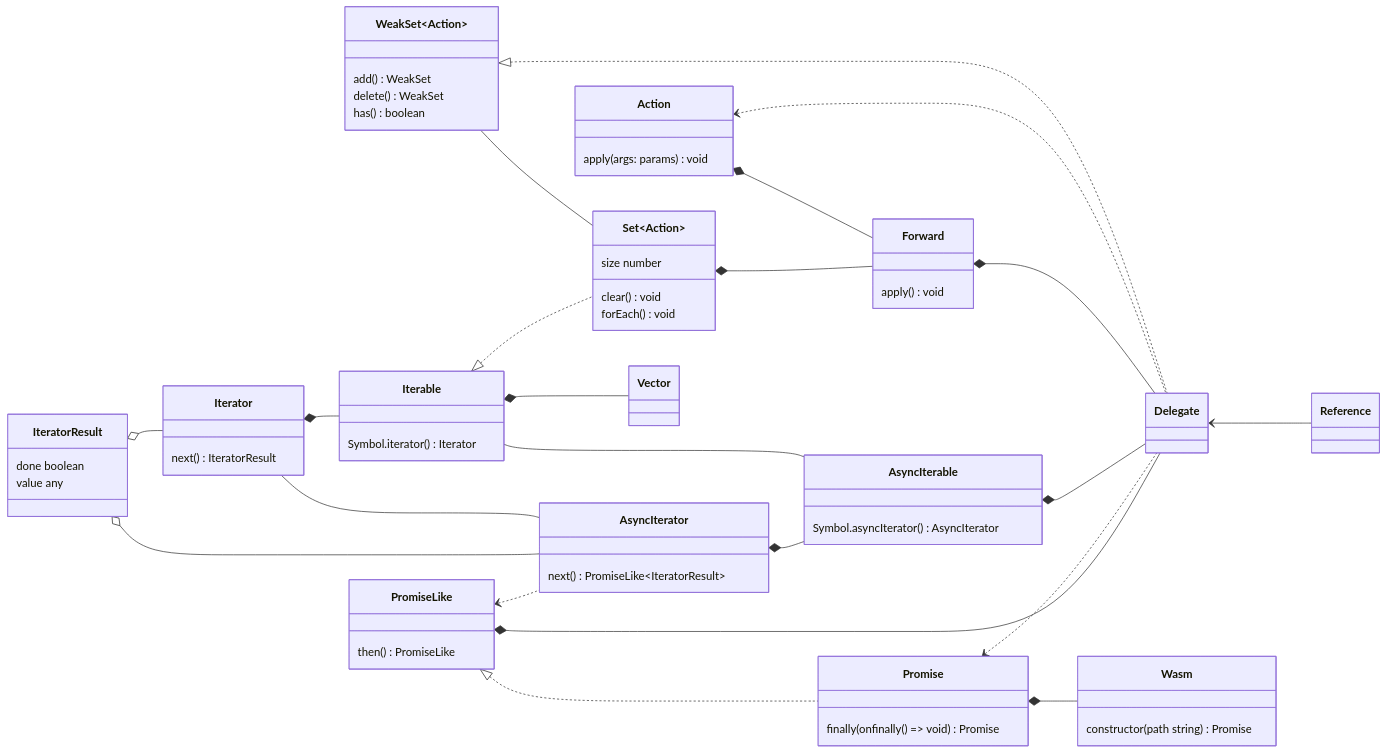
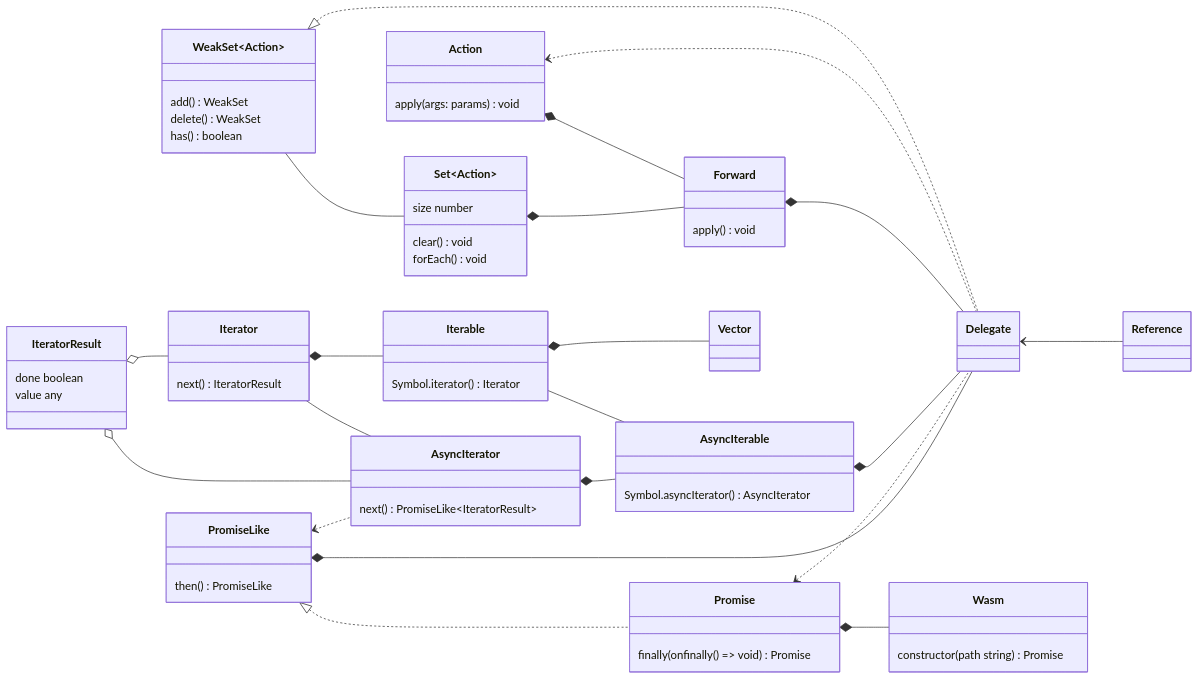
The sixth of 6 diagrams in README.md (domrally/peekeasy), drawn with Mermaid before and after one commit. The commit also changed 8 other files, not shown here.

````diff
--- a/README.md
+++ b/README.md
@@ -245,75 +245,74 @@
 ```mermaid
 classDiagram
     direction LR
     PromiseLike <|.. Promise
     PromiseLike *-- Delegate
     Promise *-- Wasm
     Promise <.. Delegate
     PromiseLike <.. AsyncIterator
     IteratorResult o-- AsyncIterator
     Iterator -- AsyncIterator
     AsyncIterator *-- AsyncIterable
     Iterable -- AsyncIterable
     AsyncIterable *-- Delegate
     IteratorResult o-- Iterator
     Iterator *-- Iterable
-    Iterable <|.. Set~Action~
     Forward *-- Delegate
     Action <.. Delegate
     Set~Action~ *-- Forward
     Action *-- Forward
     WeakSet~Action~ -- Set~Action~
     WeakSet~Action~ <|.. Delegate
     Delegate <-- Reference
     Iterable *-- Vector
     class IteratorResult {
         done boolean
         value any
     }
     class AsyncIterable {
         Symbol.asyncIterator() AsyncIterator
     }
     class Iterable {
         Symbol.iterator() Iterator
     }
     class Iterator {
         next() IteratorResult
     }
     class AsyncIterator {
         next() PromiseLike~IteratorResult~
     }
     class PromiseLike {
         then() PromiseLike
     }
     class Promise {
         finally(onfinally () => void) Promise
     }
     class Wasm {
         constructor(path string) Promise
     }
     link Wasm "https://github.com/domrally/peekeasy/blob/main/src/wasm.ts" "wasm.ts"
     class WeakSet {
         add() WeakSet
         delete() WeakSet
         has() boolean
     }
     class Set {
         size number
         clear() void
         forEach() void
     }
     class Action {
         apply(args: params) void
     }
 	 link Action "https://github.com/domrally/peekeasy/blob/main/src/action.ts" "action.ts"
     class Forward {
         apply() void
     }
     link Forward "https://github.com/domrally/peekeasy/blob/main/src/forward.ts" "forward.ts"
     class Delegate
     link Delegate "https://github.com/domrally/peekeasy/blob/main/src/delegate.ts" "delegate.ts"
     class Vector
     link Vector "https://github.com/domrally/peekeasy/blob/main/src/vector.ts" "vector.ts"
 	 class Reference
 	 link Reference "https://github.com/domrally/peekeasy/blob/main/src/reference.ts" "reference.ts"
 ```
````
